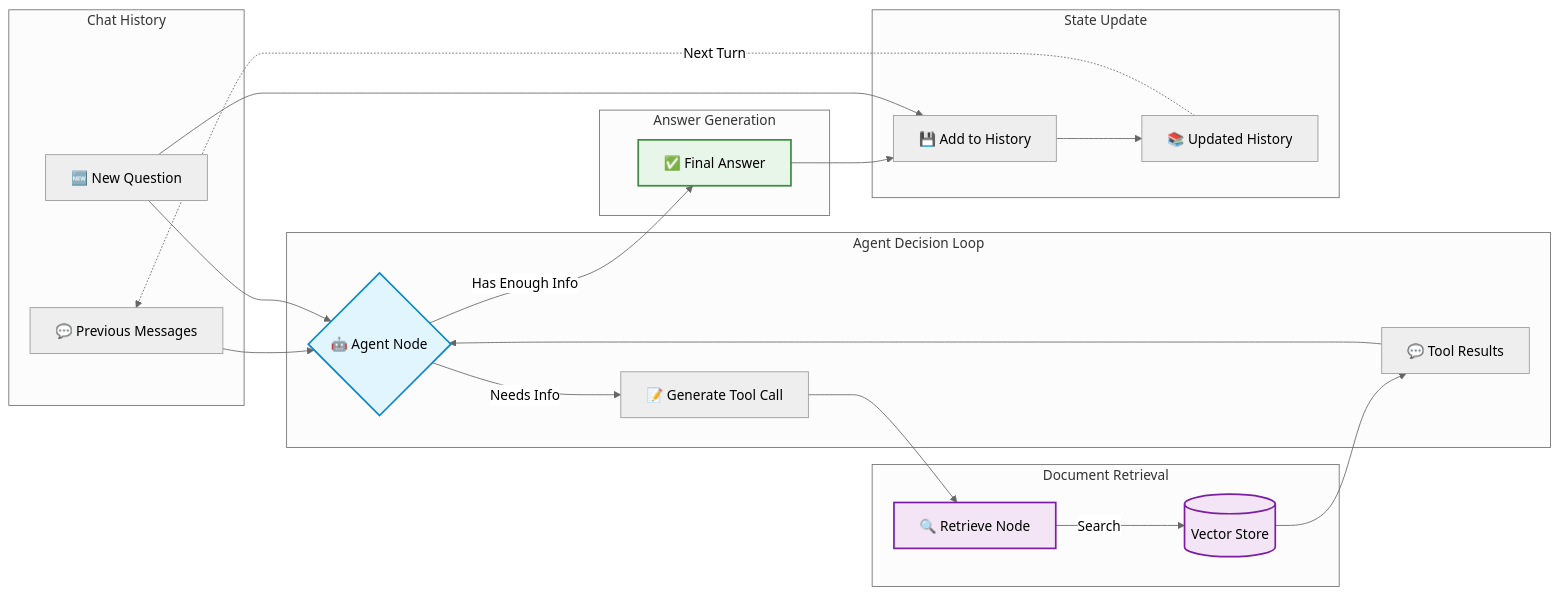
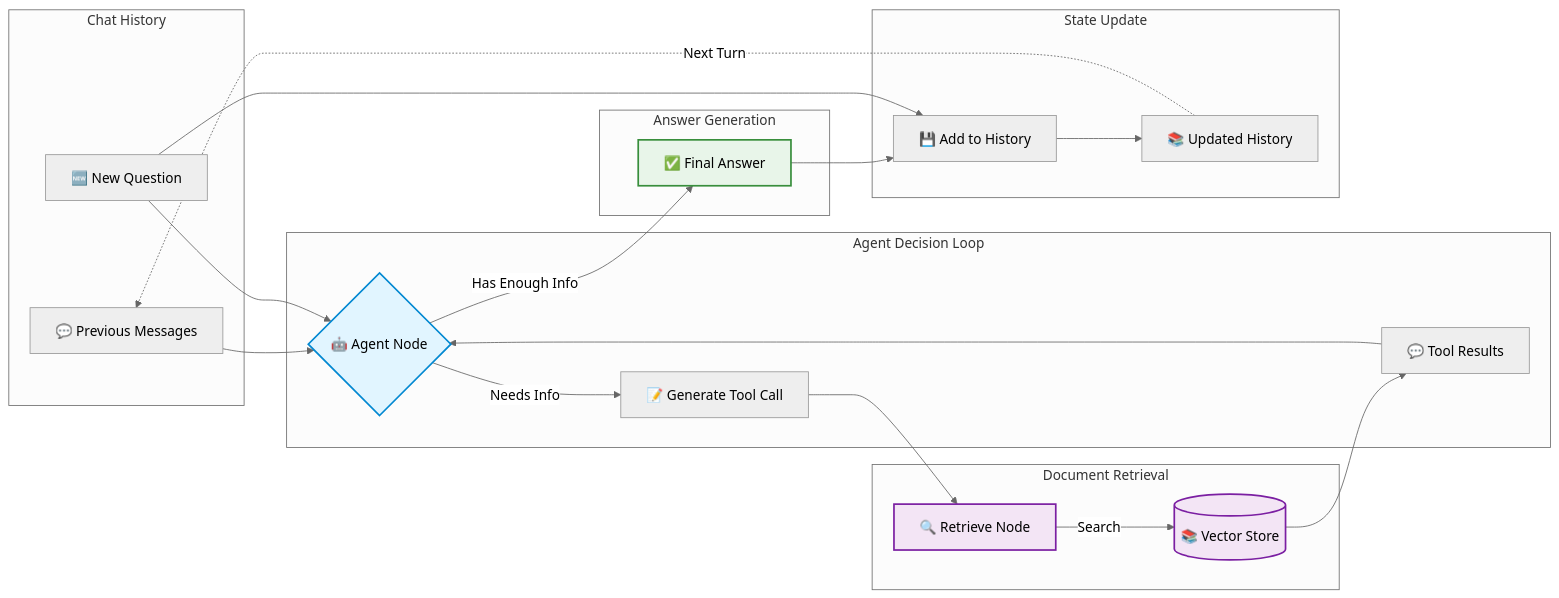
Before and after one commit to roypr-ma/rag-demo: the second of 2 diagrams in 2-chat-history/README.md, drawn with Mermaid (neutral theme). The commit also changed other lines of this file and 8 other files, not shown here.

````diff
--- a/2-chat-history/README.md
+++ b/2-chat-history/README.md
@@ -141,37 +100,37 @@
 ```mermaid
 graph LR
     subgraph "Chat History"
         A[💬 Previous Messages]
         B[🆕 New Question]
     end
     
     subgraph "Agent Decision Loop"
         A --> C{🤖 Agent Node}
         B --> C
         C -->|Needs Info| D[📝 Generate Tool Call]
         F[💬 Tool Results] --> C
     end
     
     subgraph "Document Retrieval"
         D --> E[🔍 Retrieve Node]
-        E -->|Search| G[(Vector Store)]
+        E -->|Search| G[(📚 Vector Store)]
         G --> F
     end
     
     subgraph "Answer Generation"
         C -->|Has Enough Info| H[✅ Final Answer]
     end
     
     subgraph "State Update"
         H --> I[💾 Add to History]
         B --> I
         I --> J[📚 Updated History]
     end
     
     J -.->|Next Turn| A
     
     style C fill:#e1f5ff,stroke:#0288d1,stroke-width:2px
     style E fill:#f3e5f5,stroke:#7b1fa2,stroke-width:2px
     style G fill:#f3e5f5,stroke:#7b1fa2,stroke-width:2px
     style H fill:#e8f5e9,stroke:#388e3c,stroke-width:2px
 ```
````
